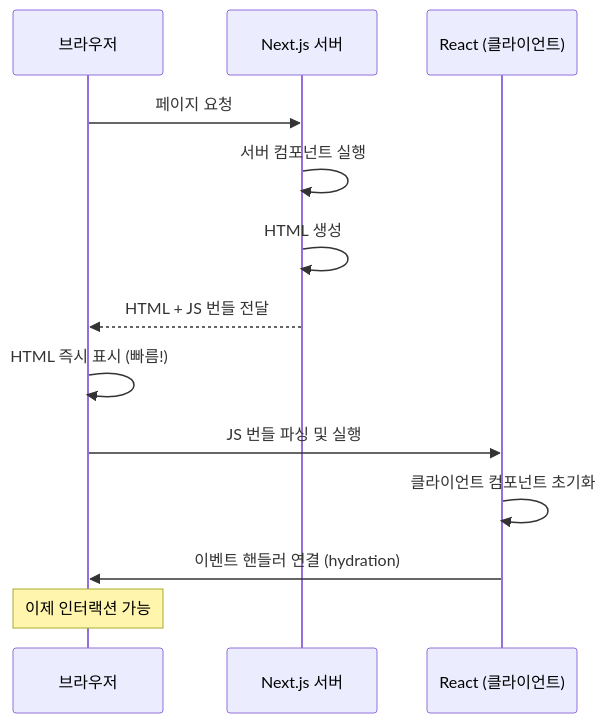
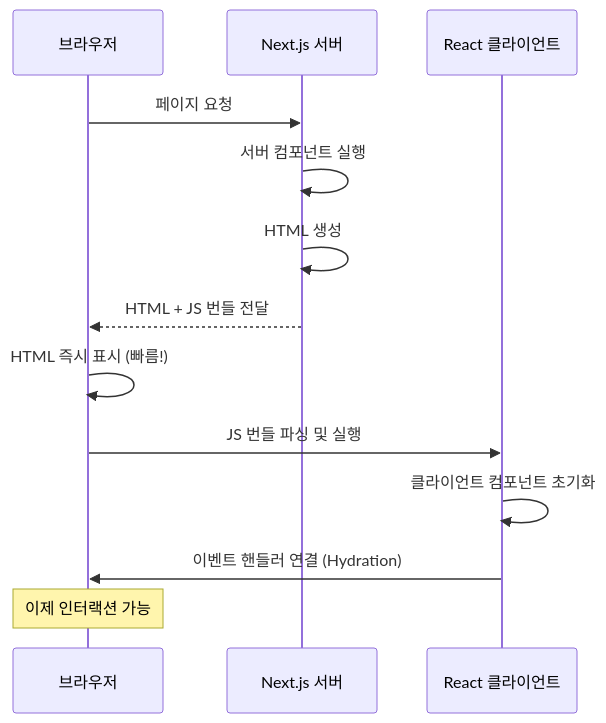
The fifth of 6 diagrams in _posts/frontend/2026-05-02-nextjs-fundamentals.md (yjkim2015/yjkim2015.github.io), drawn with Mermaid before and after one commit. The commit also changed other lines of this file and 122 other files, not shown here.

````diff
--- a/_posts/frontend/2026-05-02-nextjs-fundamentals.md
+++ b/_posts/frontend/2026-05-02-nextjs-fundamentals.md
@@ -357,16 +318,16 @@
 ```mermaid
 sequenceDiagram
     participant CLIENT as 브라우저
     participant SERVER as Next.js 서버
-    participant REACT as React (클라이언트)
+    participant REACT as React 클라이언트
 
     CLIENT->>SERVER: 페이지 요청
     SERVER->>SERVER: 서버 컴포넌트 실행
     SERVER->>SERVER: HTML 생성
     SERVER-->>CLIENT: HTML + JS 번들 전달
     CLIENT->>CLIENT: HTML 즉시 표시 (빠름!)
     CLIENT->>REACT: JS 번들 파싱 및 실행
     REACT->>REACT: 클라이언트 컴포넌트 초기화
-    REACT->>CLIENT: 이벤트 핸들러 연결 (hydration)
+    REACT->>CLIENT: 이벤트 핸들러 연결 (Hydration)
     Note over CLIENT: 이제 인터랙션 가능
 ```
````
